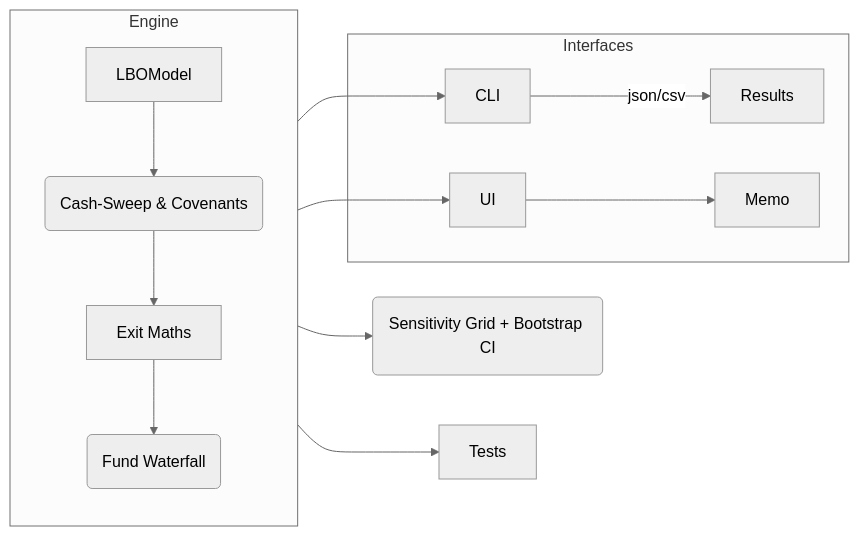
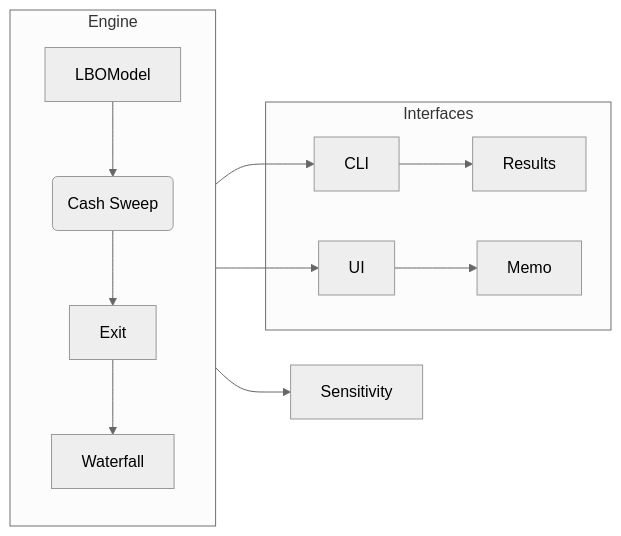
One commit to Aniket2002/lbo-stack changed the diagram in README.md. Above: the diagram before and after it, drawn with Mermaid (neutral theme). The commit also changed other lines of this file, not shown here.

````diff
--- a/README.md
+++ b/README.md
@@ -80,16 +105,15 @@
 ```mermaid
 flowchart LR
-    subgraph Engine
-      LBO[LBOModel] --> Cash(Cash-Sweep & Covenants)
-      Cash --> Exit[Exit Maths]
-      Exit --> Waterfall(Fund Waterfall)
-    end
-    Engine --> Sensitivity(Sensitivity Grid + Bootstrap CI)
-    subgraph Interfaces
-      CLI -->|json/csv| Results
-      UI --> Memo
-    end
-    Engine --> CLI
-    Engine --> UI
-    Engine --> Tests
+  subgraph Engine
+    LBO[LBOModel] --> Cash(Cash Sweep)
+    Cash --> Exit
+    Exit --> Waterfall
+  end
+  Engine --> Sensitivity
+  subgraph Interfaces
+    CLI --> Results
+    UI --> Memo
+  end
+  Engine --> CLI
+  Engine --> UI
 ```
````
